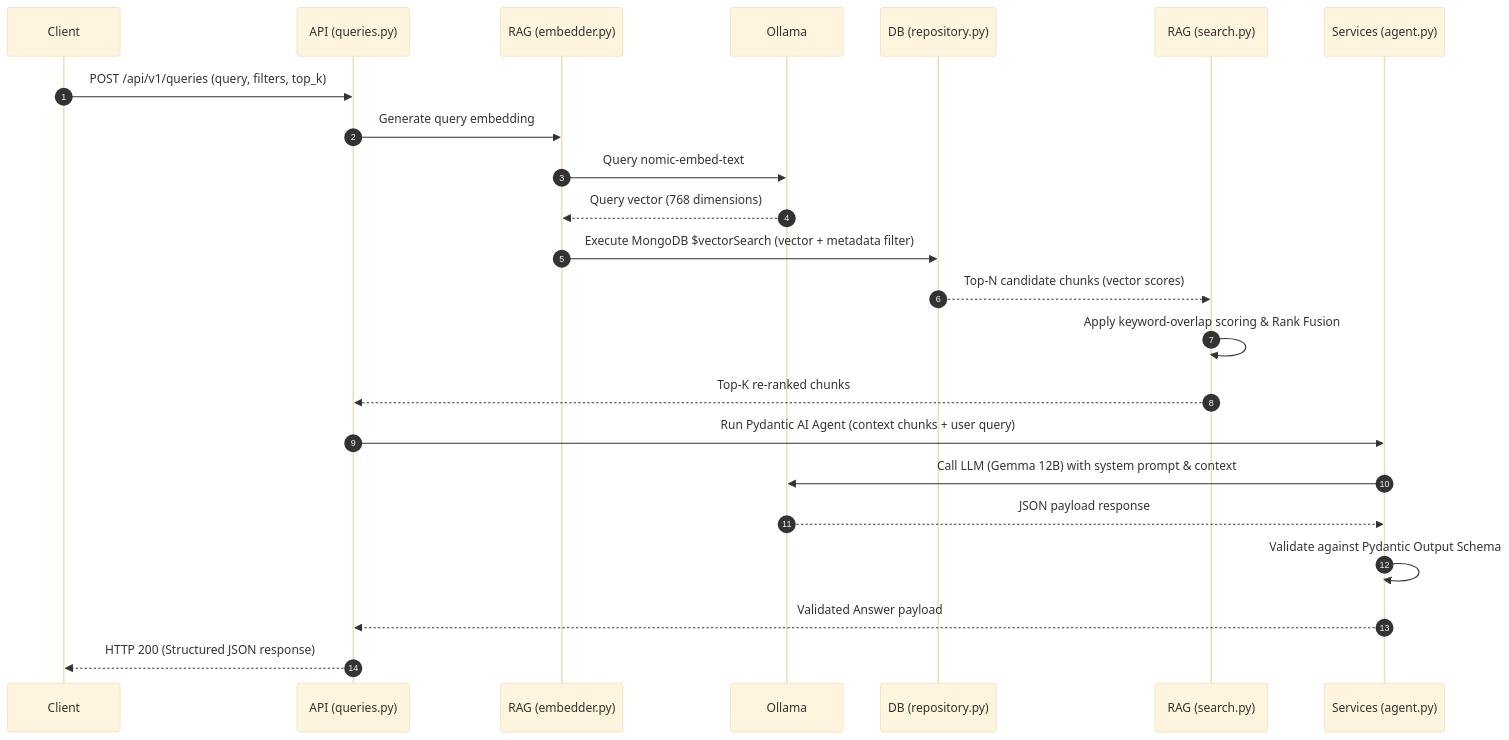
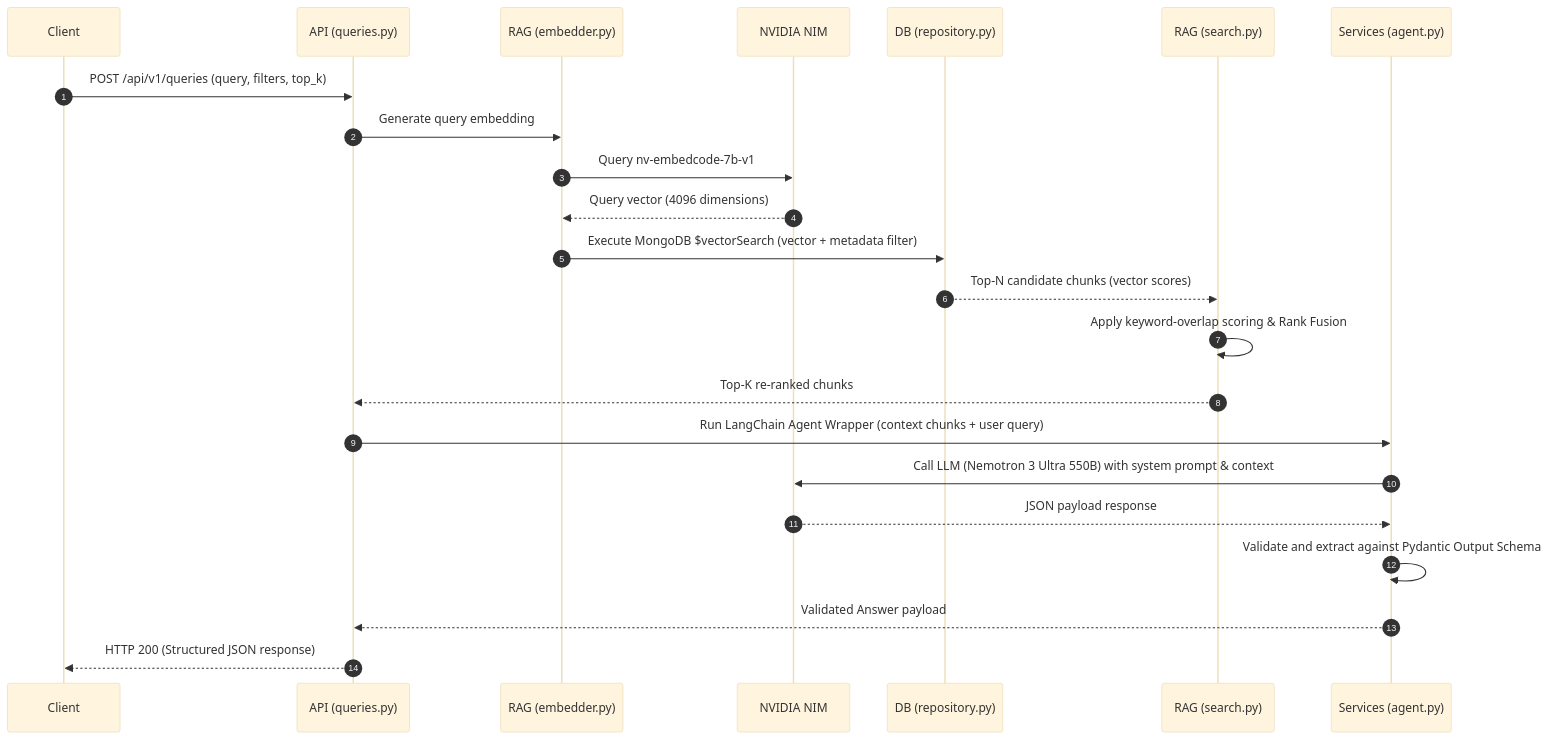
Before and after one commit to ShivaAdigopula/project-ragbit: the second of 2 diagrams in docs/system_design.md, drawn with Mermaid (base theme). The commit also changed other lines of this file and 15 other files, not shown here.

Commit message:
Refactor RAG platform: remove all local Ollama dependencies, fully migrate to LangChain ChatNVIDIA and NVIDIA NIM cloud endpoints, resolve module pathing, and suppress pydub audio warning

````diff
--- a/docs/system_design.md
+++ b/docs/system_design.md
@@ -88,18 +88,18 @@
 ```mermaid
 sequenceDiagram
     autonumber
     Client->>API (queries.py): POST /api/v1/queries (query, filters, top_k)
     API (queries.py)->>RAG (embedder.py): Generate query embedding
-    RAG (embedder.py)->>Ollama: Query nomic-embed-text
-    Ollama-->>RAG (embedder.py): Query vector (768 dimensions)
+    RAG (embedder.py)->>NVIDIA NIM: Query nv-embedcode-7b-v1
+    NVIDIA NIM-->>RAG (embedder.py): Query vector (4096 dimensions)
     RAG (embedder.py)->>DB (repository.py): Execute MongoDB $vectorSearch (vector + metadata filter)
     DB (repository.py)-->>RAG (search.py): Top-N candidate chunks (vector scores)
     RAG (search.py)->>RAG (search.py): Apply keyword-overlap scoring & Rank Fusion
     RAG (search.py)-->>API (queries.py): Top-K re-ranked chunks
-    API (queries.py)->>Services (agent.py): Run Pydantic AI Agent (context chunks + user query)
-    Services (agent.py)->>Ollama: Call LLM (Gemma 12B) with system prompt & context
-    Ollama-->>Services (agent.py): JSON payload response
-    Services (agent.py)->>Services (agent.py): Validate against Pydantic Output Schema
+    API (queries.py)->>Services (agent.py): Run LangChain Agent Wrapper (context chunks + user query)
+    Services (agent.py)->>NVIDIA NIM: Call LLM (Nemotron 3 Ultra 550B) with system prompt & context
+    NVIDIA NIM-->>Services (agent.py): JSON payload response
+    Services (agent.py)->>Services (agent.py): Validate and extract against Pydantic Output Schema
     Services (agent.py)-->>API (queries.py): Validated Answer payload
     API (queries.py)-->>Client: HTTP 200 (Structured JSON response)
 ```
````
